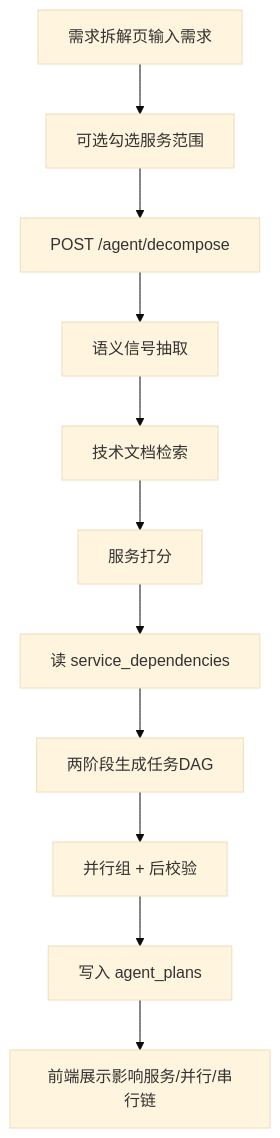
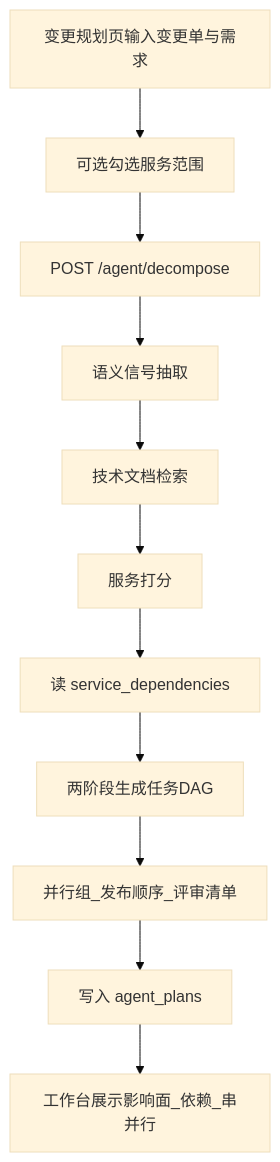
Before and after one commit to farhub-wq/AI-: the fourth of 5 diagrams in docs/业务流程说明.md, drawn with Mermaid (base theme). The commit also changed other lines of this file and 17 other files, not shown here.

````diff
--- a/docs/业务流程说明.md
+++ b/docs/业务流程说明.md
@@ -108,13 +110,13 @@
 ```mermaid
 flowchart TD
-    A[需求拆解页输入需求] --> B[可选勾选服务范围]
+    A[变更规划页输入变更单与需求] --> B[可选勾选服务范围]
     B --> C[POST /agent/decompose]
     C --> D[语义信号抽取]
     D --> E[技术文档检索]
     E --> F[服务打分]
     F --> G[读 service_dependencies]
     G --> H[两阶段生成任务DAG]
-    H --> I[并行组 + 后校验]
+    H --> I[并行组_发布顺序_评审清单]
     I --> J[写入 agent_plans]
-    J --> K[前端展示影响服务/并行/串行链]
+    J --> K[工作台展示影响面_依赖_串并行]
 ```
````
